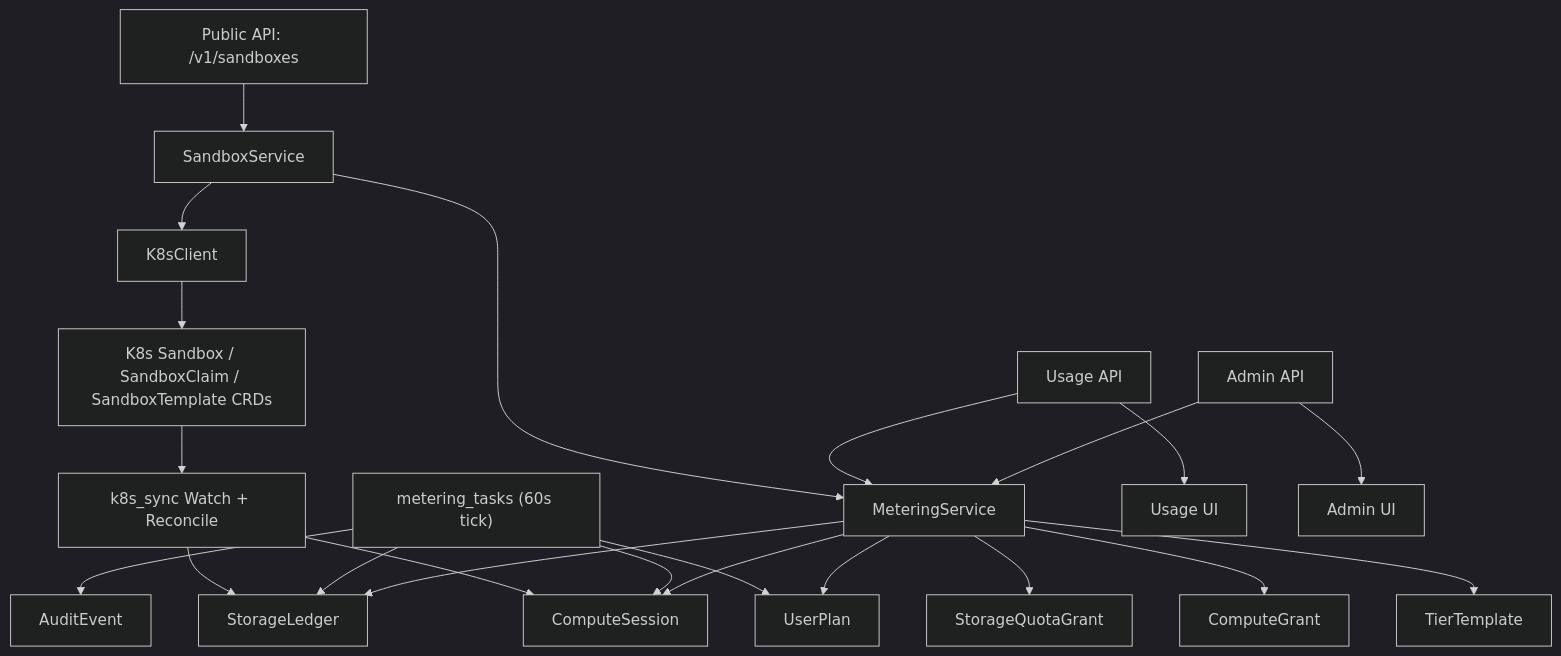
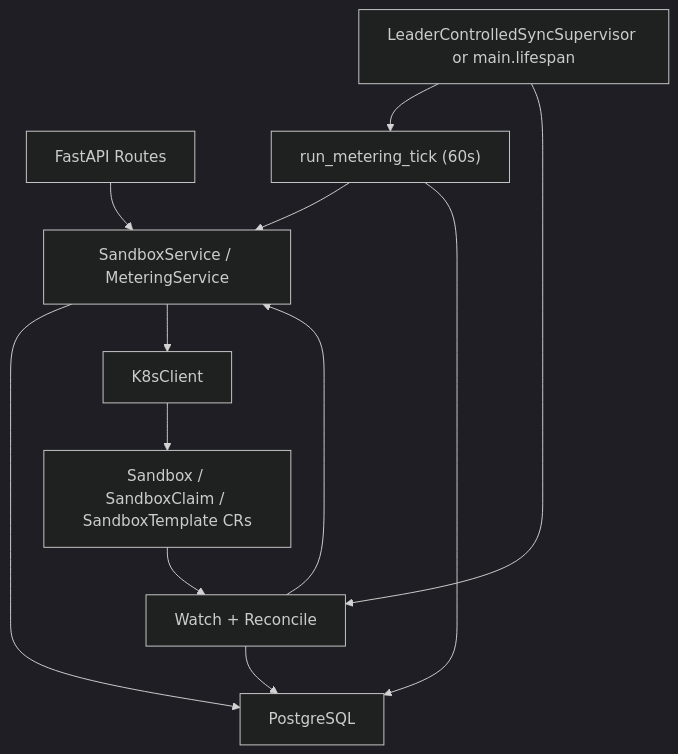
One commit to earayu/treadstone changed the first of 4 diagrams in docs/zh-CN/modules/05-metering-system-audit.md. Above: the diagram before and after it, drawn with Mermaid (dark theme). The commit also changed other lines of this file and 1 other file, not shown here.

First line of the commit message:
docs: refresh metering system audit and admin ops (zh-CN)

````diff
--- a/docs/zh-CN/modules/05-metering-system-audit.md
+++ b/docs/zh-CN/modules/05-metering-system-audit.md
@@ -295,28 +379,14 @@
 ```mermaid
 flowchart TD
-    A["Public API: /v1/sandboxes"] --> B["SandboxService"]
-    B --> C["MeteringService"]
+    A["FastAPI Routes"] --> B["SandboxService / MeteringService"]
+    B --> C["PostgreSQL"]
     B --> D["K8sClient"]
-    D --> E["K8s Sandbox / SandboxClaim / SandboxTemplate CRDs"]
-
-    E --> F["k8s_sync Watch + Reconcile"]
-    F --> G["ComputeSession"]
-    F --> H["StorageLedger"]
-
-    I["metering_tasks (60s tick)"] --> G
-    I --> H
-    I --> J["UserPlan"]
-    I --> K["AuditEvent"]
-
-    C --> L["TierTemplate"]
-    C --> J
-    C --> M["ComputeGrant"]
-    C --> N["StorageQuotaGrant"]
-    C --> H
-    C --> G
-
-    O["Usage API"] --> C
-    P["Admin API"] --> C
-    O --> Q["Usage UI"]
-    P --> R["Admin UI"]
+    D --> E["Sandbox / SandboxClaim / SandboxTemplate CRs"]
+    E --> F["Watch + Reconcile"]
+    F --> B
+    F --> C
+    G["LeaderControlledSyncSupervisor or main.lifespan"] --> H["run_metering_tick (60s)"]
+    G --> F
+    H --> B
+    H --> C
 ```
````
